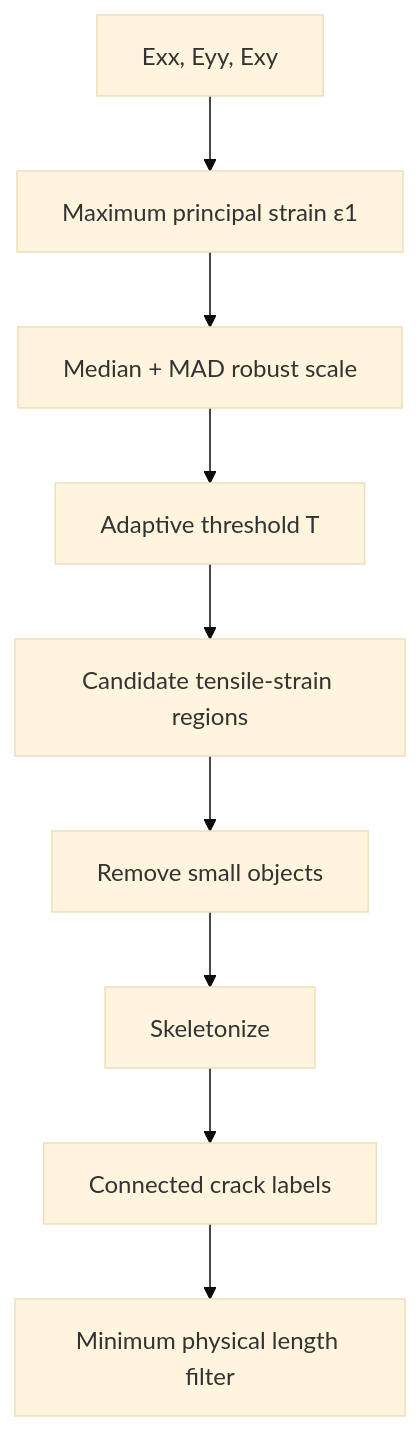
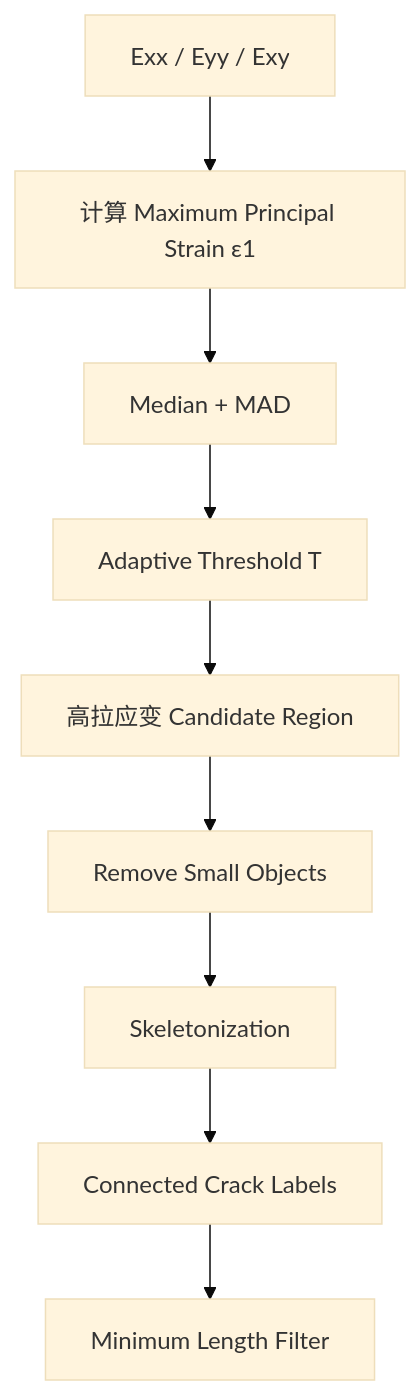
The third of 6 diagrams in README.md (liqinglq666/CrackVision-DIC), drawn with Mermaid (base theme) before and after one commit. The commit also changed other lines of this file, not shown here.

````diff
--- a/README.md
+++ b/README.md
@@ -329,11 +404,11 @@
 ```mermaid
 flowchart TD
-    A[Exx, Eyy, Exy] --> B[Maximum principal strain ε1]
-    B --> C[Median + MAD robust scale]
-    C --> D[Adaptive threshold T]
-    D --> E[Candidate tensile-strain regions]
-    E --> F[Remove small objects]
-    F --> G[Skeletonize]
-    G --> H[Connected crack labels]
-    H --> I[Minimum physical length filter]
+    A[Exx / Eyy / Exy] --> B[计算 Maximum Principal Strain ε1]
+    B --> C[Median + MAD]
+    C --> D[Adaptive Threshold T]
+    D --> E[高拉应变 Candidate Region]
+    E --> F[Remove Small Objects]
+    F --> G[Skeletonization]
+    G --> H[Connected Crack Labels]
+    H --> I[Minimum Length Filter]
 ```
````
